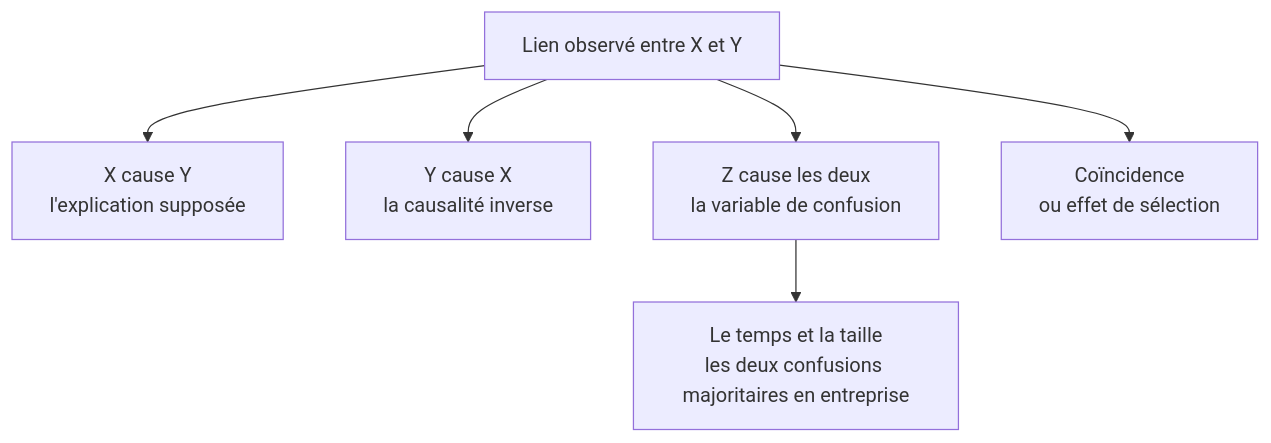
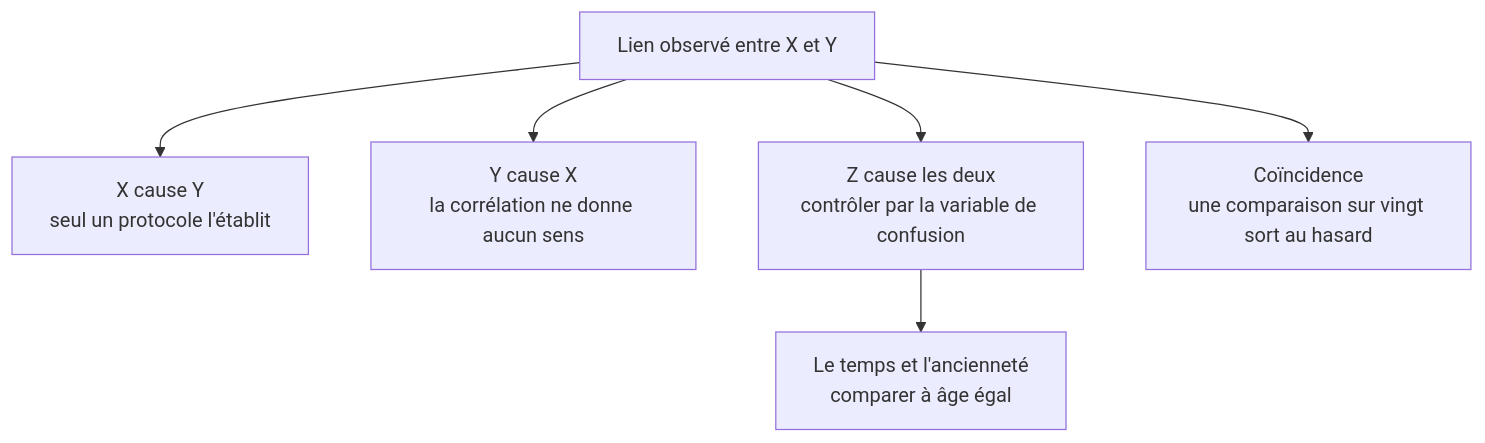
Before and after one commit to floSa/Atlas-Metiers-Roadmaps: the diagram in content/parcours/data-analyst/analyser/correlation-et-causalite.md, drawn with Mermaid.

Commit message:
Correlation et causalite : les quatre explications concurrentes menent chacune a la page qui l'ecarte

````diff
--- a/content/parcours/data-analyst/analyser/correlation-et-causalite.md
+++ b/content/parcours/data-analyst/analyser/correlation-et-causalite.md
@@ -7,8 +7,14 @@
 ```mermaid
 flowchart TD
-  L["Lien observé entre X et Y"] --> A["X cause Y<br/>l'explication supposée"]
-  L --> B["Y cause X<br/>la causalité inverse"]
-  L --> C["Z cause les deux<br/>la variable de confusion"]
-  L --> D["Coïncidence<br/>ou effet de sélection"]
-  C --> T["Le temps et la taille<br/>les deux confusions majoritaires en entreprise"]
+  L["Lien observé entre X et Y"] --> A["X cause Y<br/>seul un protocole l'établit"]
+  L --> B["Y cause X<br/>la corrélation ne donne aucun sens"]
+  L --> C["Z cause les deux<br/>contrôler par la variable de confusion"]
+  L --> D["Coïncidence<br/>une comparaison sur vingt sort au hasard"]
+  C --> T["Le temps et l'ancienneté<br/>comparer à âge égal"]
+
+  click A "/parcours/data-analyst/analyser/le-protocole-experimental"
+  click B "/notions/analyse-correlation"
+  click C "/parcours/data-analyst/analyser/la-regression"
+  click D "/parcours/data-analyst/analyser/la-multiplicite-des-tests"
+  click T "/notions/analyse-de-cohorte"
 ```
````
